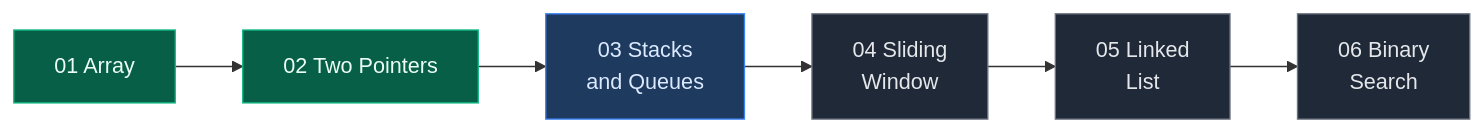
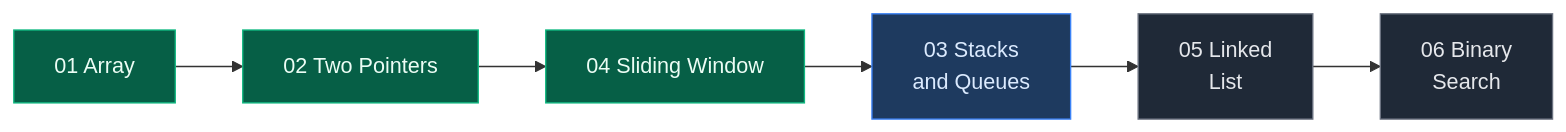
Before and after one commit to ajay-nikumbh/dsa-notes: the diagram in README.md, drawn with Mermaid. The commit also changed other lines of this file, not shown here.

First line of the commit message:
Complete Sliding Window topic: 15 notes

````diff
--- a/README.md
+++ b/README.md
@@ -34,12 +34,12 @@
 ```mermaid
 flowchart LR
     A["01 Array"]:::done --> B["02 Two Pointers"]:::done
-    B --> C["03 Stacks<br/>and Queues"]:::next
-    C --> D["04 Sliding<br/>Window"]:::todo
+    B --> C["04 Sliding Window"]:::done
+    C --> D["03 Stacks<br/>and Queues"]:::next
     D --> E["05 Linked<br/>List"]:::todo
     E --> F["06 Binary<br/>Search"]:::todo
 
     classDef done fill:#065f46,stroke:#10b981,color:#ecfdf5
     classDef next fill:#1e3a5f,stroke:#3b82f6,color:#dbeafe
     classDef todo fill:#1f2937,stroke:#6b7280,color:#e5e7eb
 ```
````
